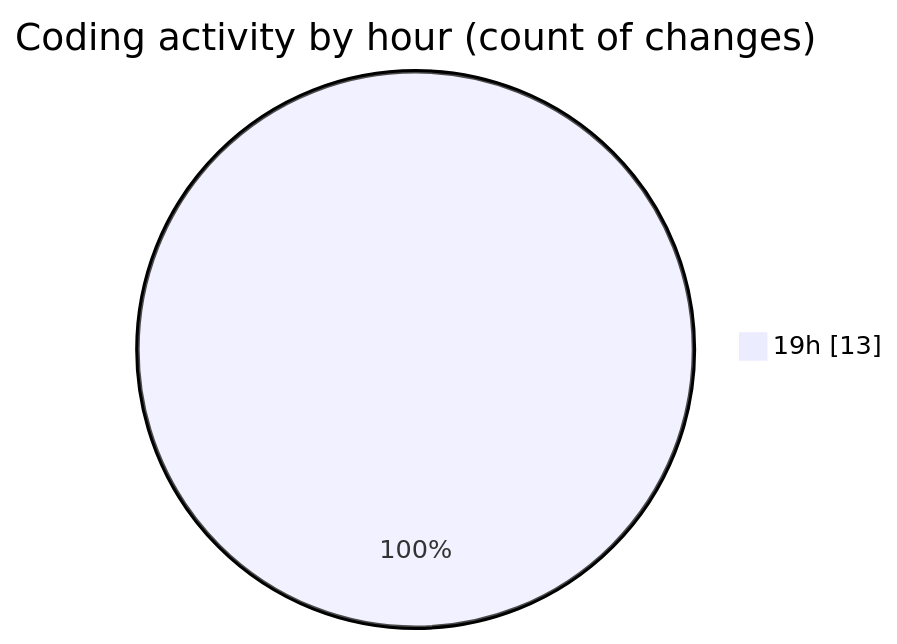
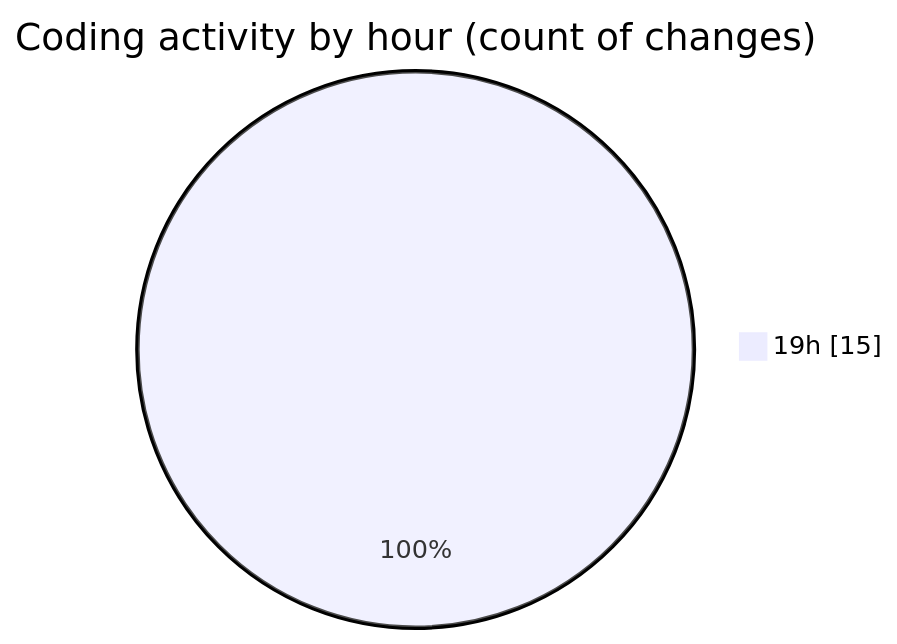
One commit to JenPaints/code-tracking changed the second of 2 diagrams in 2025-06-20/archive/README.md. Above: the diagram before and after it, drawn with Mermaid. The commit also changed other lines of this file and 1 other file, not shown here.

````diff
--- a/2025-06-20/archive/README.md
+++ b/2025-06-20/archive/README.md
@@ -41,5 +41,5 @@
 ```mermaid
 pie showData
 title Coding activity by hour (count of changes)
-"19h" : 13
+"19h" : 15
 ```
````
